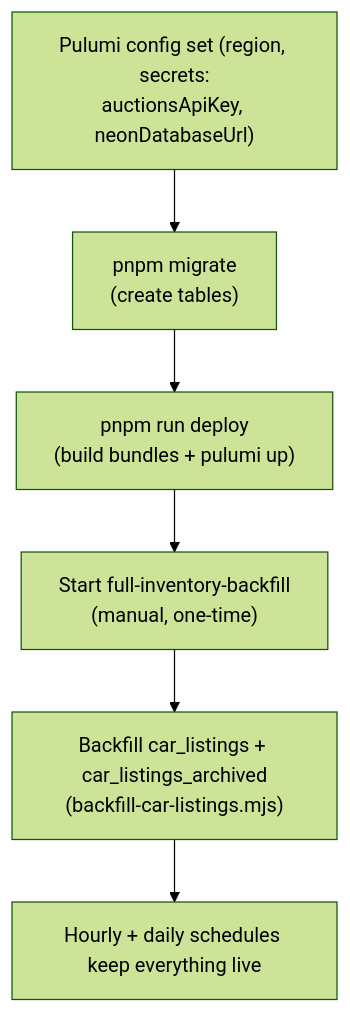
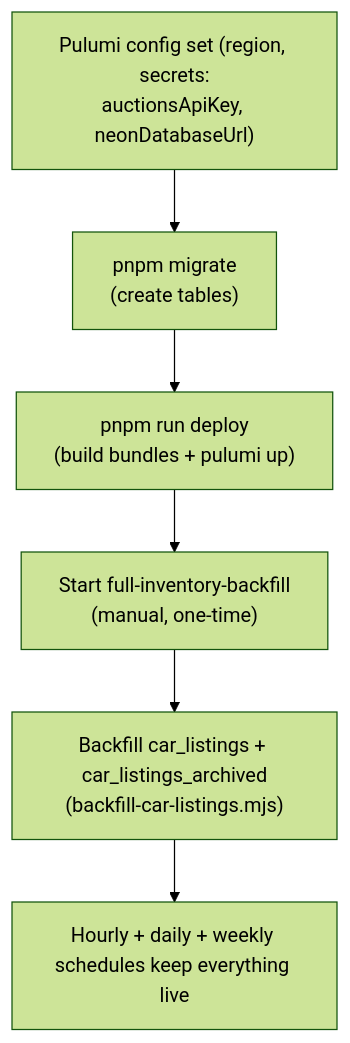
Before and after one commit to bojidaryovchev/selectauto: the diagram in docs/07-operations-runbook.md, drawn with Mermaid (forest theme). The commit also changed other lines of this file and 6 other files, not shown here.

````diff
--- a/docs/07-operations-runbook.md
+++ b/docs/07-operations-runbook.md
@@ -15,8 +15,8 @@
 ```mermaid
 flowchart TD
   A["Pulumi config set (region, secrets:<br/>auctionsApiKey, neonDatabaseUrl)"] --> B["pnpm migrate<br/>(create tables)"]
   B --> C["pnpm run deploy<br/>(build bundles + pulumi up)"]
   C --> D["Start full-inventory-backfill<br/>(manual, one-time)"]
   D --> E["Backfill car_listings + car_listings_archived<br/>(backfill-car-listings.mjs)"]
-  E --> F["Hourly + daily schedules keep everything live"]
+  E --> F["Hourly + daily + weekly schedules keep everything live"]
 ```
````
